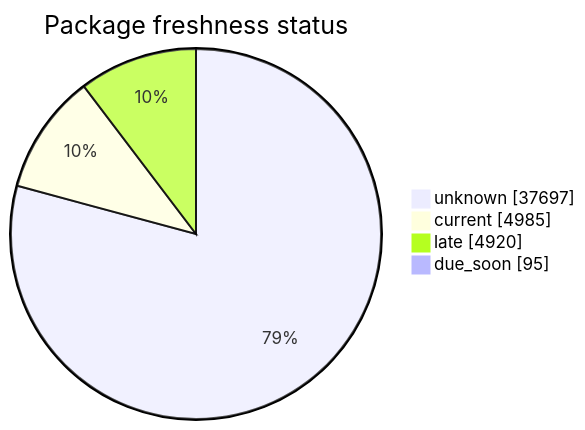
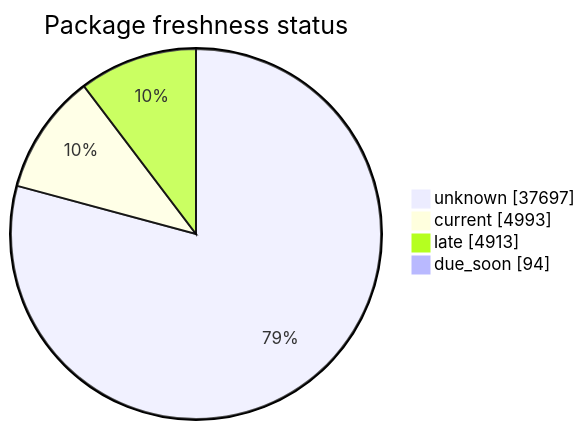
Before and after one commit to open-data/analytics-corporate-reporting: the second of 5 diagrams in FreshCheck/README.md, drawn with Mermaid. The commit also changed other lines of this file and 3 other files, not shown here.

````diff
--- a/FreshCheck/README.md
+++ b/FreshCheck/README.md
@@ -68,7 +68,7 @@
 ```mermaid
 pie showData title Package freshness status
     "unknown": 37697
-    "current": 4985
-    "late": 4920
-    "due_soon": 95
+    "current": 4993
+    "late": 4913
+    "due_soon": 94
 ```
````
